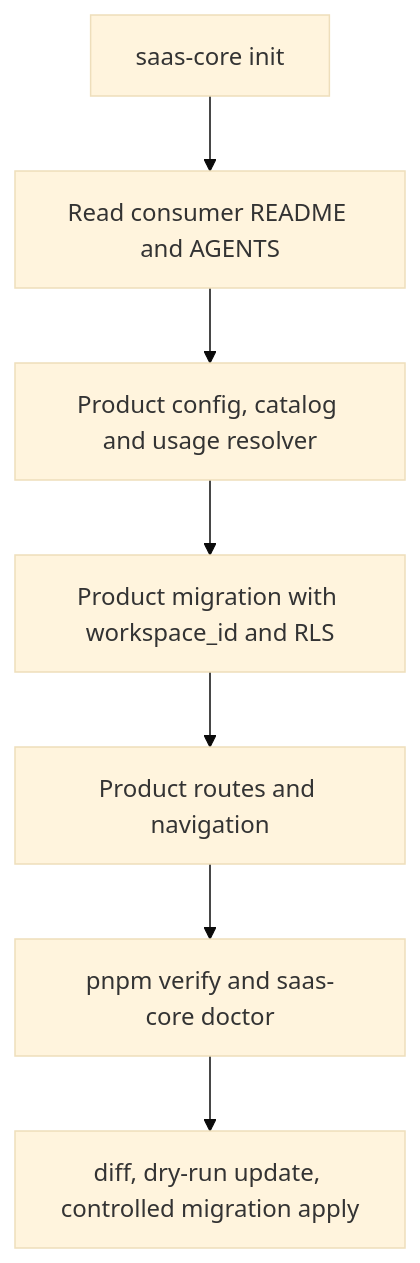
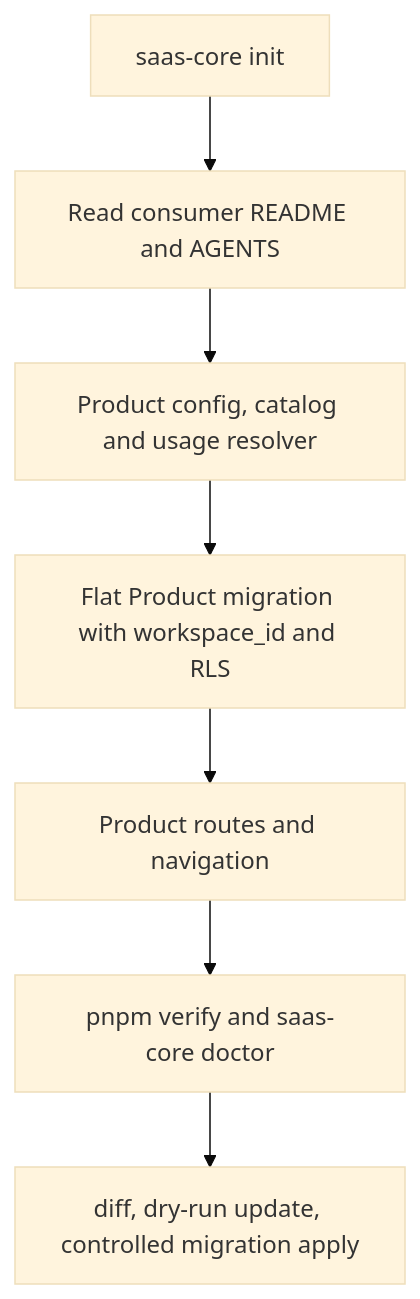
One commit to SapienXai/saas-core changed the second of 2 diagrams in docs/START-HERE.md. Above: the diagram before and after it, drawn with Mermaid (base theme). The commit also changed other lines of this file and 17 other files, not shown here.

Commit message:
fix(cli): preserve flat product migrations

````diff
--- a/docs/START-HERE.md
+++ b/docs/START-HERE.md
@@ -102,9 +102,9 @@
 ```mermaid
 flowchart TD
   Init[saas-core init] --> Contract[Read consumer README and AGENTS]
   Contract --> Config[Product config, catalog and usage resolver]
-  Config --> Data[Product migration with workspace_id and RLS]
+  Config --> Data[Flat Product migration with workspace_id and RLS]
   Data --> Routes[Product routes and navigation]
   Routes --> Verify[pnpm verify and saas-core doctor]
   Verify --> Update[diff, dry-run update, controlled migration apply]
 ```
````
